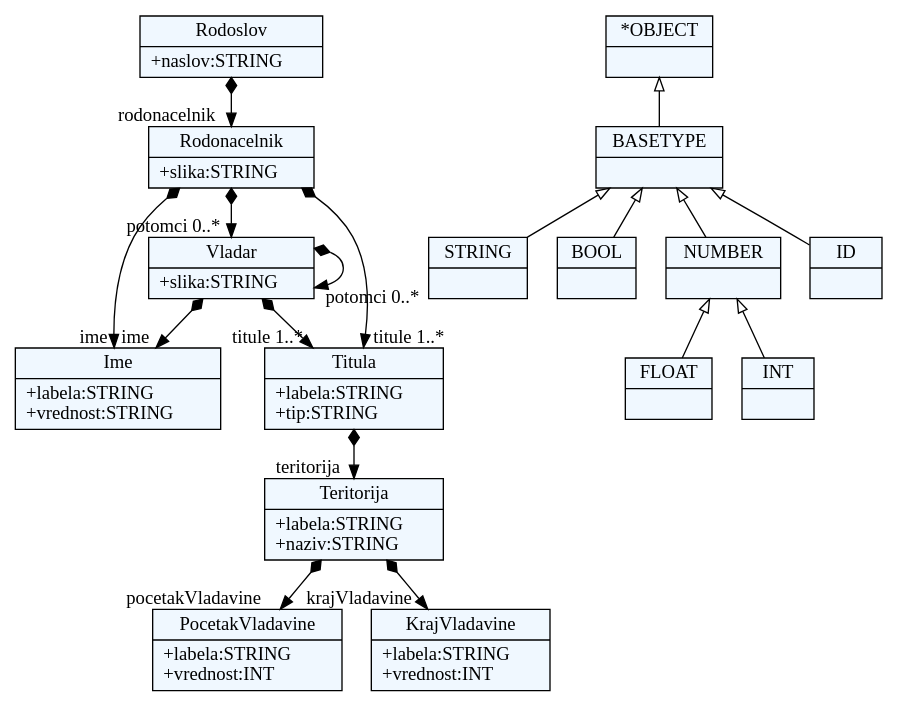
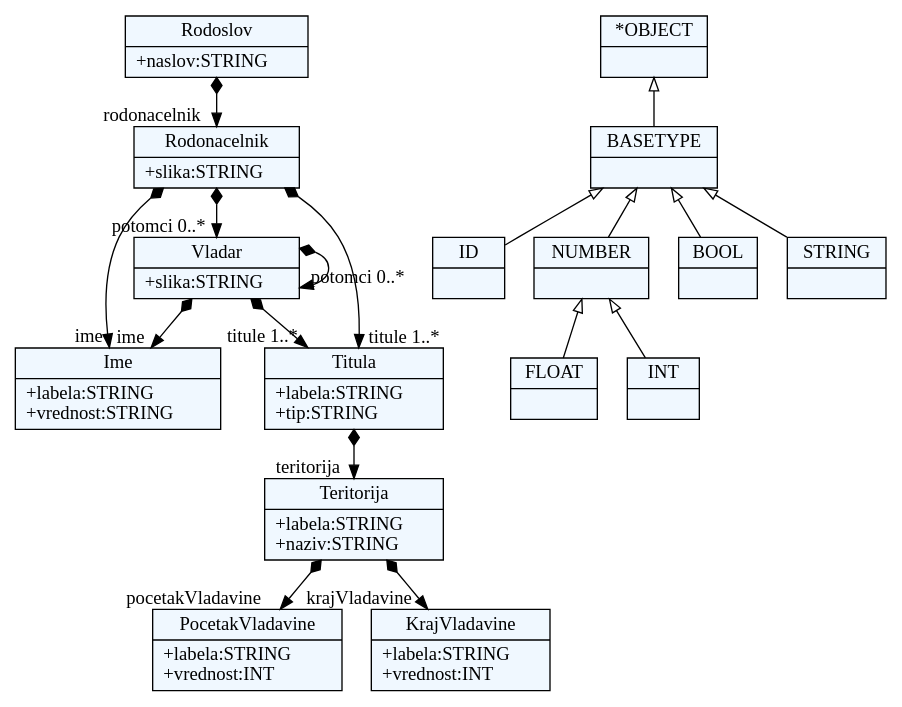
Before and after one commit to milenaL9/JSD_2017: the diagram in Projekat/forms/forms.dot, drawn with Graphviz. The commit also changed 16 other files, not shown here.

```diff
--- a/Projekat/forms/forms.dot
+++ b/Projekat/forms/forms.dot
@@ -1,64 +1,64 @@
 
     digraph xtext {
     fontname = "Bitstream Vera Sans"
     fontsize = 8
     node[
         shape=record,
         style=filled,
         fillcolor=aliceblue
     ]
     nodesep = 0.3
     edge[dir=black,arrowtail=empty]
 
 
-50967176[ label="{PocetakVladavine|+labela:STRING\l+vrednost:INT\l}"]
+1921556205448 -> 1921556208280[arrowtail=diamond, dir=both, headlabel="rodonacelnik "]
+1921556205448[ label="{Rodoslov|+naslov:STRING\l}"]
 
-50958680[ label="{Ime|+labela:STRING\l+vrednost:STRING\l}"]
+1921556214888[ label="{PocetakVladavine|+labela:STRING\l+vrednost:INT\l}"]
 
-50961512 -> 50964344[arrowtail=diamond, dir=both, headlabel="teritorija "]
-50961512[ label="{Titula|+labela:STRING\l+tip:STRING\l}"]
+1921556212056 -> 1921556214888[arrowtail=diamond, dir=both, headlabel="pocetakVladavine "]
+1921556212056 -> 1921556190344[arrowtail=diamond, dir=both, headlabel="krajVladavine "]
+1921556212056[ label="{Teritorija|+labela:STRING\l+naziv:STRING\l}"]
 
-50955848 -> 50958680[arrowtail=diamond, dir=both, headlabel="ime "]
-50955848 -> 50961512[arrowtail=diamond, dir=both, headlabel="titule 1..*"]
-50955848 -> 50955848[arrowtail=diamond, dir=both, headlabel="potomci 0..*"]
-50955848[ label="{Vladar|+slika:STRING\l}"]
+1921556208280 -> 1921556195064[arrowtail=diamond, dir=both, headlabel="ime "]
+1921556208280 -> 1921556209224[arrowtail=diamond, dir=both, headlabel="titule 1..*"]
+1921556208280 -> 1921556215832[arrowtail=diamond, dir=both, headlabel="potomci 0..*"]
+1921556208280[ label="{Rodonacelnik|+slika:STRING\l}"]
 
-50950184 -> 50953016[arrowtail=diamond, dir=both, headlabel="rodonacelnik "]
-50950184[ label="{Rodoslov|+naslov:STRING\l}"]
+1921556209224 -> 1921556212056[arrowtail=diamond, dir=both, headlabel="teritorija "]
+1921556209224[ label="{Titula|+labela:STRING\l+tip:STRING\l}"]
 
-50953016 -> 50958680[arrowtail=diamond, dir=both, headlabel="ime "]
-50953016 -> 50961512[arrowtail=diamond, dir=both, headlabel="titule 1..*"]
-50953016 -> 50955848[arrowtail=diamond, dir=both, headlabel="potomci 0..*"]
-50953016[ label="{Rodonacelnik|+slika:STRING\l}"]
+1921556190344[ label="{KrajVladavine|+labela:STRING\l+vrednost:INT\l}"]
 
-50964344 -> 50967176[arrowtail=diamond, dir=both, headlabel="pocetakVladavine "]
-50964344 -> 50970008[arrowtail=diamond, dir=both, headlabel="krajVladavine "]
-50964344[ label="{Teritorija|+labela:STRING\l+naziv:STRING\l}"]
+1921556195064[ label="{Ime|+labela:STRING\l+vrednost:STRING\l}"]
 
-50970008[ label="{KrajVladavine|+labela:STRING\l+vrednost:INT\l}"]
+1921556215832 -> 1921556195064[arrowtail=diamond, dir=both, headlabel="ime "]
+1921556215832 -> 1921556209224[arrowtail=diamond, dir=both, headlabel="titule 1..*"]
+1921556215832 -> 1921556215832[arrowtail=diamond, dir=both, headlabel="potomci 0..*"]
+1921556215832[ label="{Vladar|+slika:STRING\l}"]
 
-51355160[ label="{STRING|}"]
+1921556314952[ label="{FLOAT|}"]
 
-51357992[ label="{BOOL|}"]
+1921556200728[ label="{*OBJECT|}"]
+1921556200728 -> 1921556319672 [dir=back]
 
-51366488[ label="{NUMBER|}"]
-51366488 -> 51363656 [dir=back]
-51366488 -> 51360824 [dir=back]
+1921556301736[ label="{ID|}"]
 
-51363656[ label="{FLOAT|}"]
+1921556319672[ label="{BASETYPE|}"]
+1921556319672 -> 1921556315896 [dir=back]
+1921556319672 -> 1921556277192 [dir=back]
+1921556319672 -> 1921556301736 [dir=back]
+1921556319672 -> 1921556306456 [dir=back]
 
-50948296[ label="{*OBJECT|}"]
-50948296 -> 50945464 [dir=back]
+1921556315896[ label="{NUMBER|}"]
+1921556315896 -> 1921556314952 [dir=back]
+1921556315896 -> 1921556313064 [dir=back]
 
-50945464[ label="{BASETYPE|}"]
-50945464 -> 51366488 [dir=back]
-50945464 -> 51357992 [dir=back]
-50945464 -> 51352328 [dir=back]
-50945464 -> 51355160 [dir=back]
+1921556313064[ label="{INT|}"]
 
-51360824[ label="{INT|}"]
+1921556306456[ label="{STRING|}"]
 
-51352328[ label="{ID|}"]
+1921556277192[ label="{BOOL|}"]
 
 
 }
```
